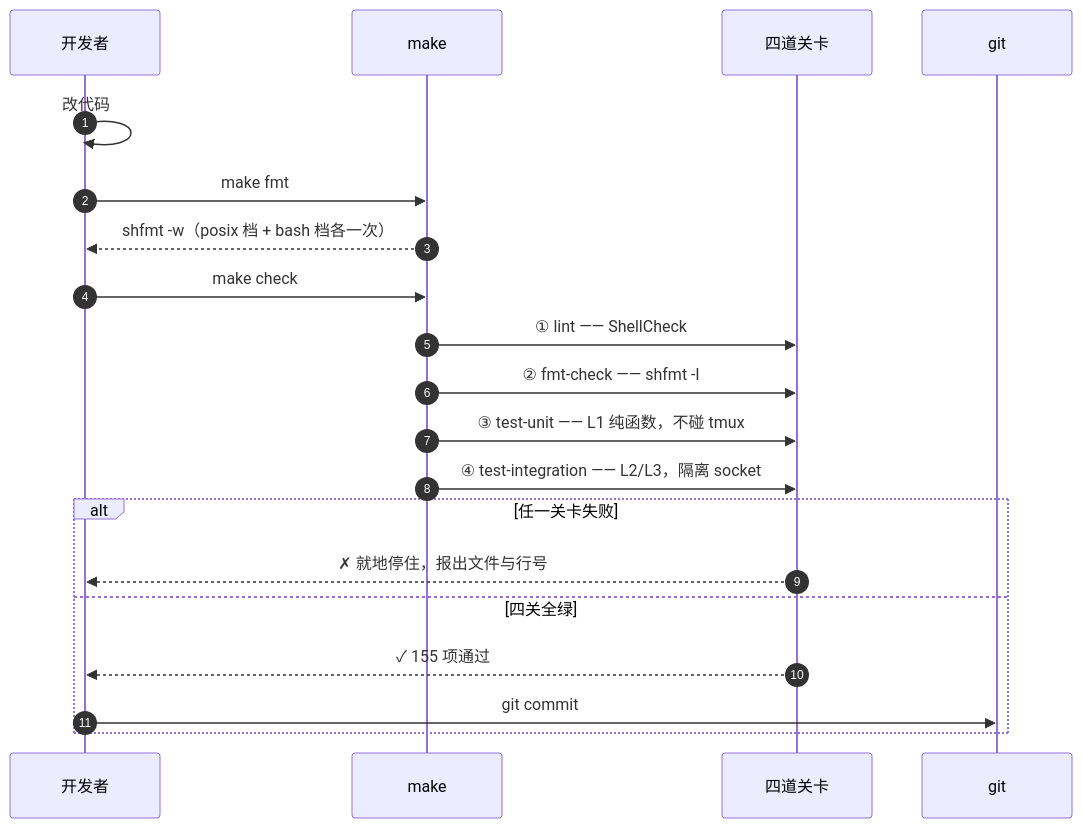
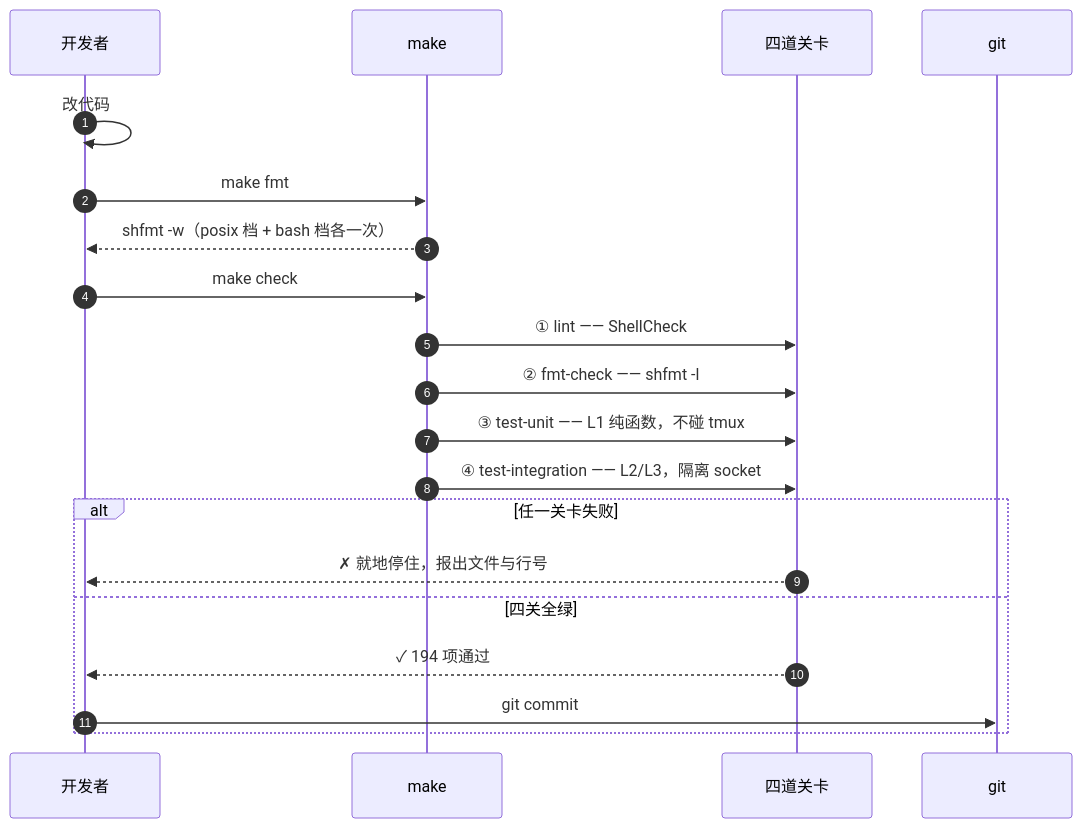
One commit to rich1e/tmux-whistle changed the first of 2 diagrams in docs/development.md. Above: the diagram before and after it, drawn with Mermaid. The commit also changed 15 other files, not shown here.

````diff
--- a/docs/development.md
+++ b/docs/development.md
@@ -55,23 +55,23 @@
 ```mermaid
 sequenceDiagram
     autonumber
     participant Dev as 开发者
     participant mk as make
     participant gate as 四道关卡
     participant git as git
 
     Dev->>Dev: 改代码
     Dev->>mk: make fmt
     mk-->>Dev: shfmt -w（posix 档 + bash 档各一次）
     Dev->>mk: make check
     mk->>gate: ① lint —— ShellCheck
     mk->>gate: ② fmt-check —— shfmt -l
     mk->>gate: ③ test-unit —— L1 纯函数，不碰 tmux
     mk->>gate: ④ test-integration —— L2/L3，隔离 socket
     alt 任一关卡失败
         gate-->>Dev: ✗ 就地停住，报出文件与行号
     else 四关全绿
-        gate-->>Dev: ✓ 155 项通过
+        gate-->>Dev: ✓ 194 项通过
         Dev->>git: git commit
     end
 ```
````
